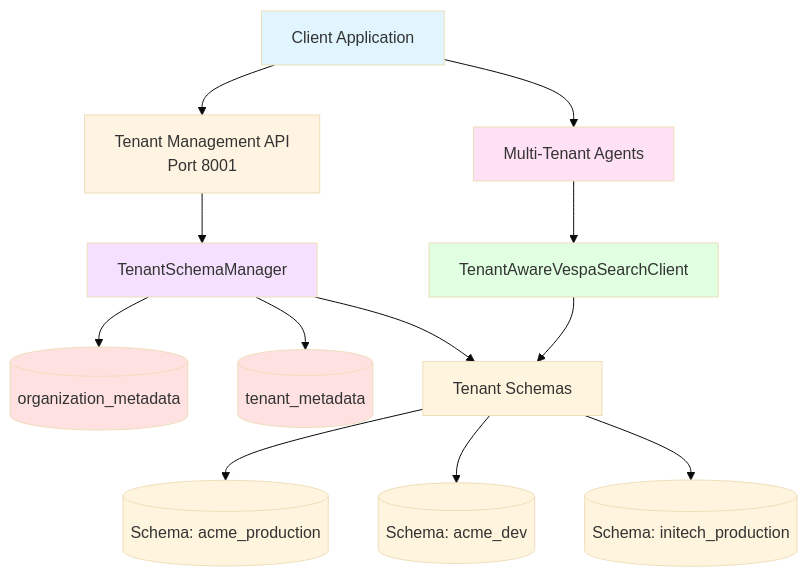
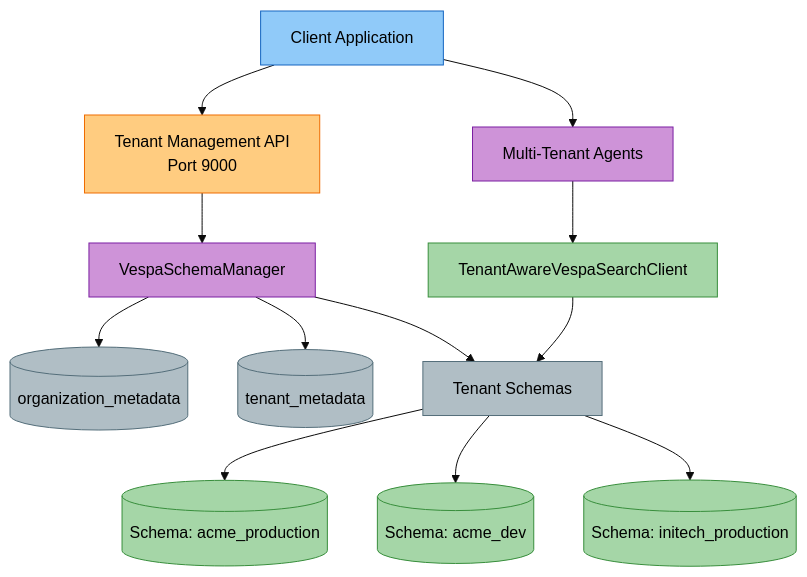
The first of 5 diagrams in docs/operations/multi-tenant-management.md (amit-jain/cogniverse), drawn with Mermaid (base theme) before and after one commit. The commit also changed other lines of this file and 83 other files, not shown here.

First line of the commit message:
Fix documentation veracity, formatting, and diagrams across all modules

````diff
--- a/docs/operations/multi-tenant-management.md
+++ b/docs/operations/multi-tenant-management.md
@@ -24,28 +20,32 @@
 ```mermaid
-graph TB
-    Client[Client Application]
+flowchart TB
+    Client["<span style='color:#000'>Client Application</span>"]
 
-    Client --> TenantAPI[Tenant Management API<br/>Port 8001]
-    Client --> Agents[Multi-Tenant Agents]
+    Client --> TenantAPI["<span style='color:#000'>Tenant Management API<br/>Port 9000</span>"]
+    Client --> Agents["<span style='color:#000'>Multi-Tenant Agents</span>"]
 
-    TenantAPI --> TenantMgr[TenantSchemaManager]
-    Agents --> TenantSearch[TenantAwareVespaSearchClient]
+    TenantAPI --> TenantMgr["<span style='color:#000'>VespaSchemaManager</span>"]
+    Agents --> TenantSearch["<span style='color:#000'>TenantAwareVespaSearchClient</span>"]
 
-    TenantMgr --> OrgMeta[(organization_metadata)]
-    TenantMgr --> TenantMeta[(tenant_metadata)]
-    TenantMgr --> Schemas[Tenant Schemas]
+    TenantMgr --> OrgMeta[("<span style='color:#000'>organization_metadata</span>")]
+    TenantMgr --> TenantMeta[("<span style='color:#000'>tenant_metadata</span>")]
+    TenantMgr --> Schemas["<span style='color:#000'>Tenant Schemas</span>"]
 
     TenantSearch --> Schemas
 
-    Schemas --> AcmeProd[(Schema: acme_production)]
-    Schemas --> AcmeDev[(Schema: acme_dev)]
-    Schemas --> InitechProd[(Schema: initech_production)]
+    Schemas --> AcmeProd[("<span style='color:#000'>Schema: acme_production</span>")]
+    Schemas --> AcmeDev[("<span style='color:#000'>Schema: acme_dev</span>")]
+    Schemas --> InitechProd[("<span style='color:#000'>Schema: initech_production</span>")]
 
-    style Client fill:#e1f5ff
-    style TenantAPI fill:#fff4e1
-    style Agents fill:#ffe1f5
-    style TenantMgr fill:#f5e1ff
-    style TenantSearch fill:#e1ffe1
-    style OrgMeta fill:#ffe1e1
-    style TenantMeta fill:#ffe1e1
+    style Client fill:#90caf9,stroke:#1565c0,color:#000
+    style TenantAPI fill:#ffcc80,stroke:#ef6c00,color:#000
+    style Agents fill:#ce93d8,stroke:#7b1fa2,color:#000
+    style TenantMgr fill:#ce93d8,stroke:#7b1fa2,color:#000
+    style TenantSearch fill:#a5d6a7,stroke:#388e3c,color:#000
+    style OrgMeta fill:#b0bec5,stroke:#546e7a,color:#000
+    style TenantMeta fill:#b0bec5,stroke:#546e7a,color:#000
+    style Schemas fill:#b0bec5,stroke:#546e7a,color:#000
+    style AcmeProd fill:#a5d6a7,stroke:#388e3c,color:#000
+    style AcmeDev fill:#a5d6a7,stroke:#388e3c,color:#000
+    style InitechProd fill:#a5d6a7,stroke:#388e3c,color:#000
 ```
````
